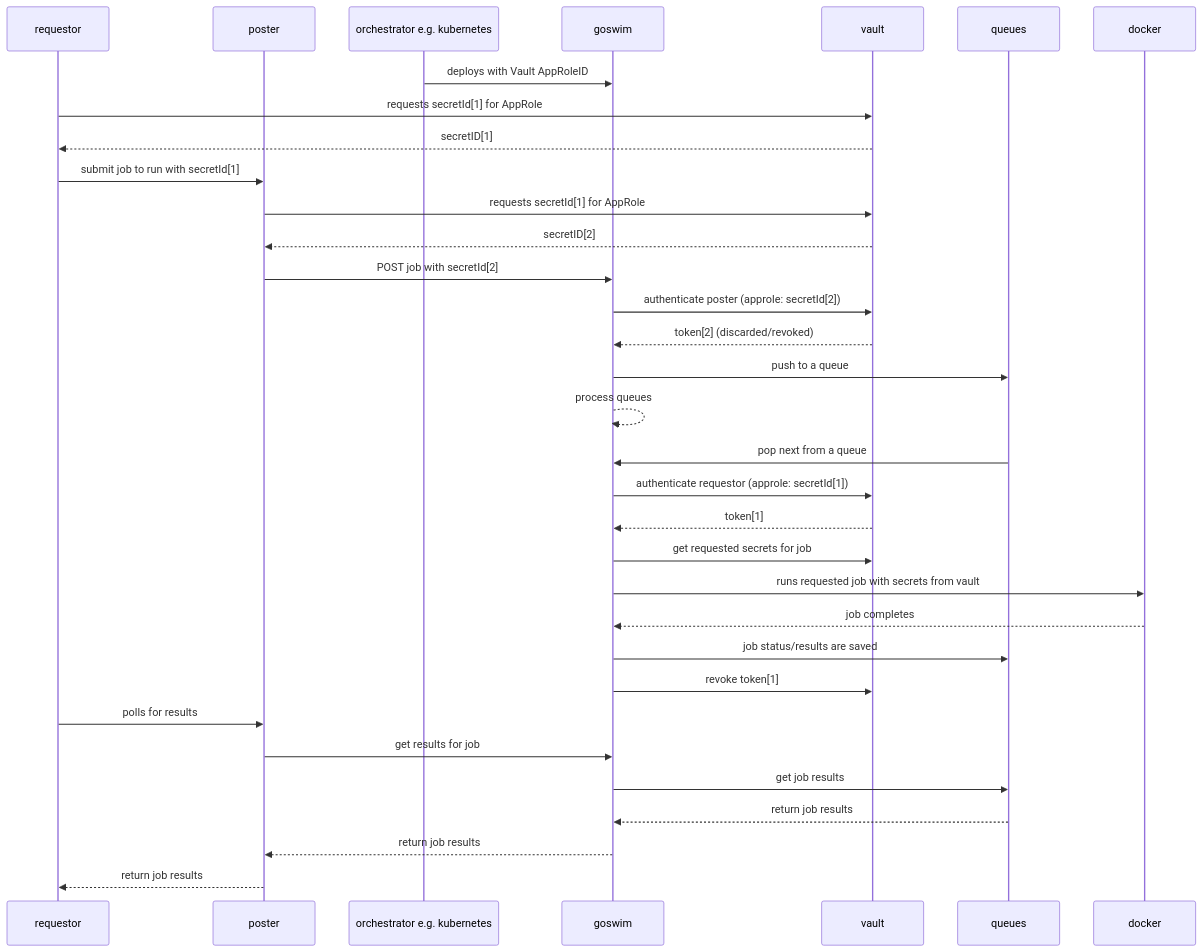
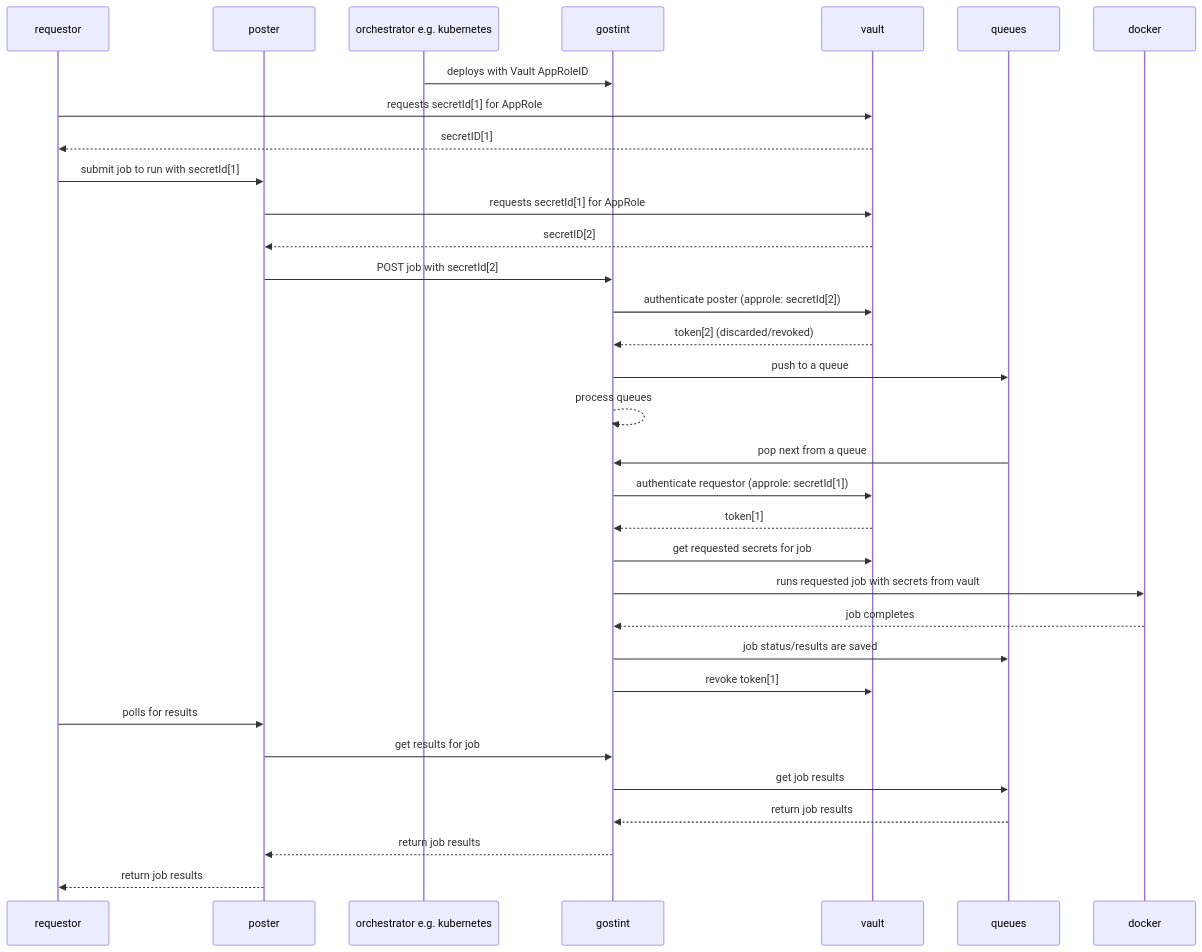
One commit to goethite/gostint changed the second of 6 diagrams in docs/jobsequence.md. Above: the diagram before and after it, drawn with Mermaid. The commit also changed other lines of this file and 44 other files, not shown here.

````diff
--- a/docs/jobsequence.md
+++ b/docs/jobsequence.md
@@ -45,41 +45,41 @@
 ```mermaid
 sequenceDiagram
   participant requestor
   participant poster
   participant o as orchestrator e.g. kubernetes
-  participant goswim
+  participant gostint
   participant vault
   participant queues
   participant docker
 
-  o->>goswim: deploys with Vault AppRoleID
+  o->>gostint: deploys with Vault AppRoleID
   requestor->>vault: requests secretId[1] for AppRole
   vault-->>requestor: secretID[1]
   requestor->>poster: submit job to run with secretId[1]
 
   poster->>vault: requests secretId[1] for AppRole
   vault-->>poster: secretID[2]
-  poster->>goswim: POST job with secretId[2]
+  poster->>gostint: POST job with secretId[2]
 
-  goswim->>vault: authenticate poster (approle: secretId[2])
-  vault-->>goswim: token[2] (discarded/revoked)
-  goswim->>queues: push to a queue
+  gostint->>vault: authenticate poster (approle: secretId[2])
+  vault-->>gostint: token[2] (discarded/revoked)
+  gostint->>queues: push to a queue
 
-  goswim-->>goswim: process queues
+  gostint-->>gostint: process queues
 
-  queues->>goswim: pop next from a queue
-  goswim->>vault: authenticate requestor (approle: secretId[1])
-  vault-->>goswim: token[1]
-  goswim->>vault: get requested secrets for job
-  goswim->>docker: runs requested job with secrets from vault
-  docker-->>goswim: job completes
-  goswim->>queues: job status/results are saved
-  goswim->>vault: revoke token[1]
+  queues->>gostint: pop next from a queue
+  gostint->>vault: authenticate requestor (approle: secretId[1])
+  vault-->>gostint: token[1]
+  gostint->>vault: get requested secrets for job
+  gostint->>docker: runs requested job with secrets from vault
+  docker-->>gostint: job completes
+  gostint->>queues: job status/results are saved
+  gostint->>vault: revoke token[1]
 
   requestor->>poster: polls for results
-  poster->>goswim: get results for job
-  goswim->>queues: get job results
-  queues-->>goswim: return job results
-  goswim-->>poster: return job results
+  poster->>gostint: get results for job
+  gostint->>queues: get job results
+  queues-->>gostint: return job results
+  gostint-->>poster: return job results
   poster-->>requestor: return job results
 ```
````
